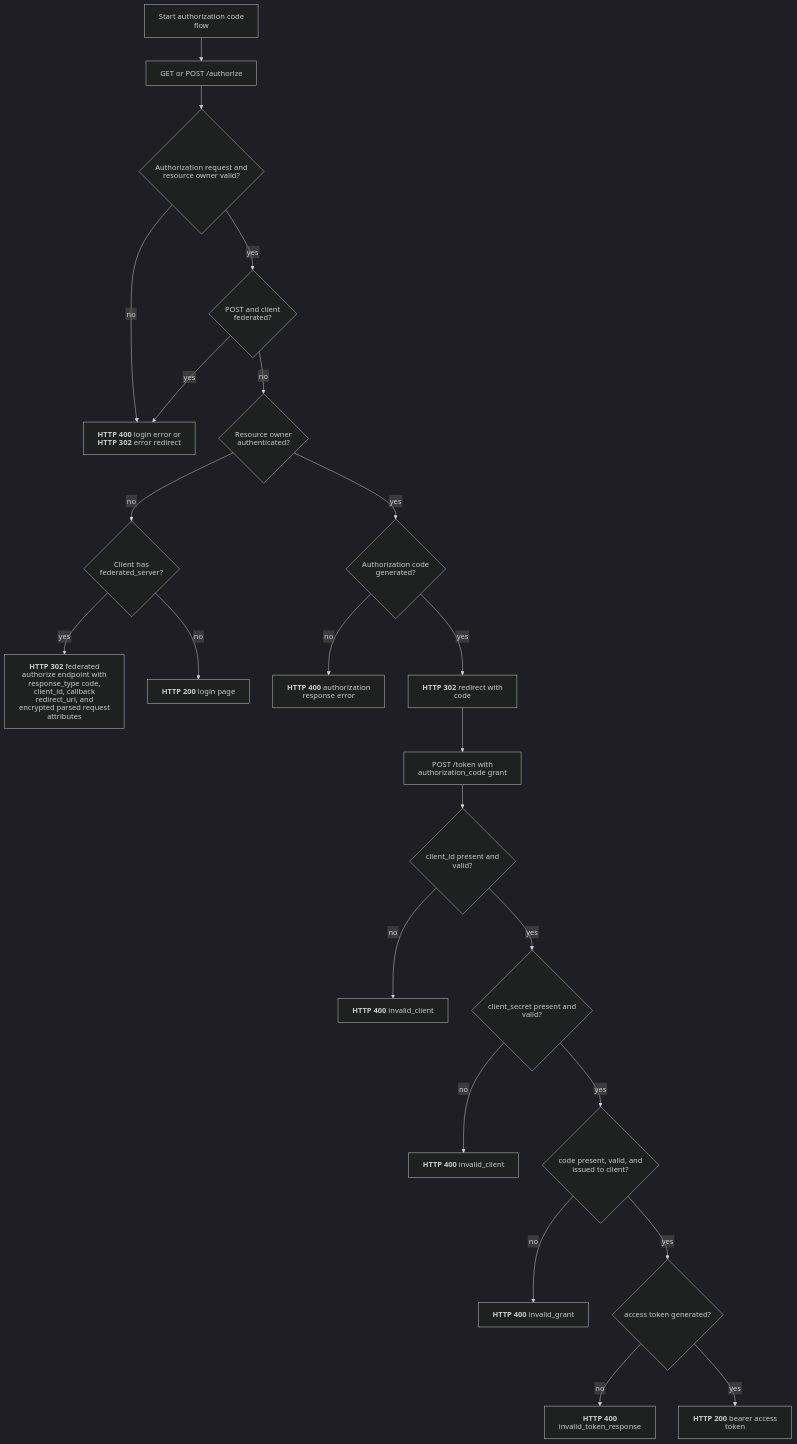
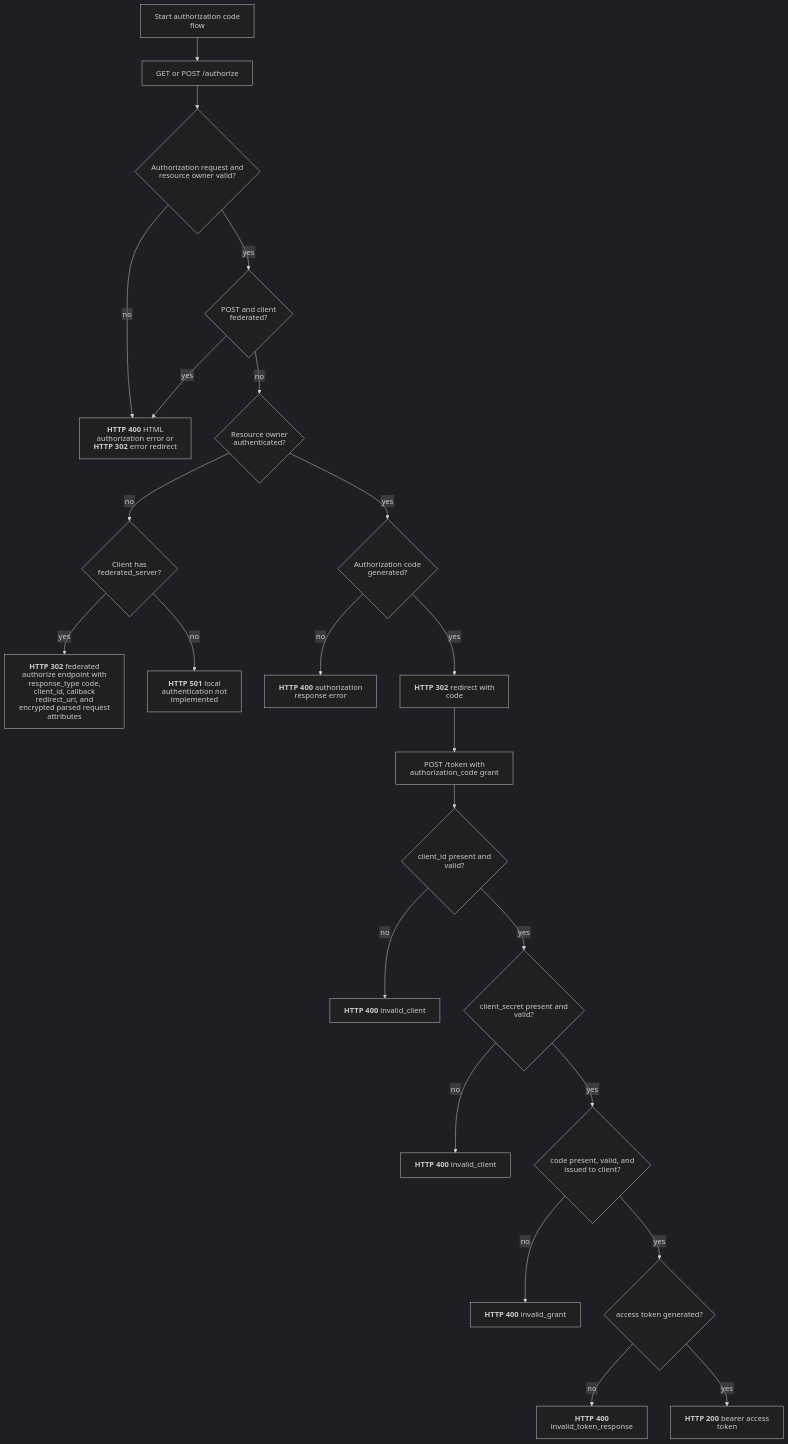
Before and after one commit to malach-it/kagome: the diagram in docs/flows/oauth/authorization_code.mmd, drawn with Mermaid (dark theme). The commit also changed 16 other files, not shown here.

Commit message:
feat: remove local authorization login page

```diff
--- a/docs/flows/oauth/authorization_code.mmd
+++ b/docs/flows/oauth/authorization_code.mmd
@@ -1,24 +1,24 @@
 %%{init: {"htmlLabels": false, "flowchart": {"htmlLabels": false}}}%%
 flowchart TD
     start[Start authorization code flow] --> authorize[GET or POST /authorize]
     authorize --> authorize_valid{Authorization request and resource owner valid?}
-    authorize_valid -- no --> authorize_error["`**HTTP 400** login error or **HTTP 302** error redirect`"]
+    authorize_valid -- no --> authorize_error["`**HTTP 400** HTML authorization error or **HTTP 302** error redirect`"]
     authorize_valid -- yes --> federated_post{POST and client federated?}
     federated_post -- yes --> authorize_error
     federated_post -- no --> owner{Resource owner authenticated?}
     owner -- no --> federation{Client has federated_server?}
     federation -- yes --> federated_redirect["`**HTTP 302** federated authorize endpoint with response_type code, client_id, callback redirect_uri, and encrypted parsed request attributes`"]
-    federation -- no --> login["`**HTTP 200** login page`"]
+    federation -- no --> not_implemented["`**HTTP 501** local authentication not implemented`"]
     owner -- yes --> issue{Authorization code generated?}
     issue -- no --> issue_error["`**HTTP 400** authorization response error`"]
     issue -- yes --> redirect["`**HTTP 302** redirect with code`"]
     redirect --> token[POST /token with authorization_code grant]
     token --> client_id{client_id present and valid?}
     client_id -- no --> client_error["`**HTTP 400** invalid_client`"]
     client_id -- yes --> secret{client_secret present and valid?}
     secret -- no --> secret_error["`**HTTP 400** invalid_client`"]
     secret -- yes --> code{code present, valid, and issued to client?}
     code -- no --> code_error["`**HTTP 400** invalid_grant`"]
     code -- yes --> generate{access token generated?}
     generate -- no --> generation_error["`**HTTP 400** invalid_token_response`"]
     generate -- yes --> success["`**HTTP 200** bearer access token`"]
```
